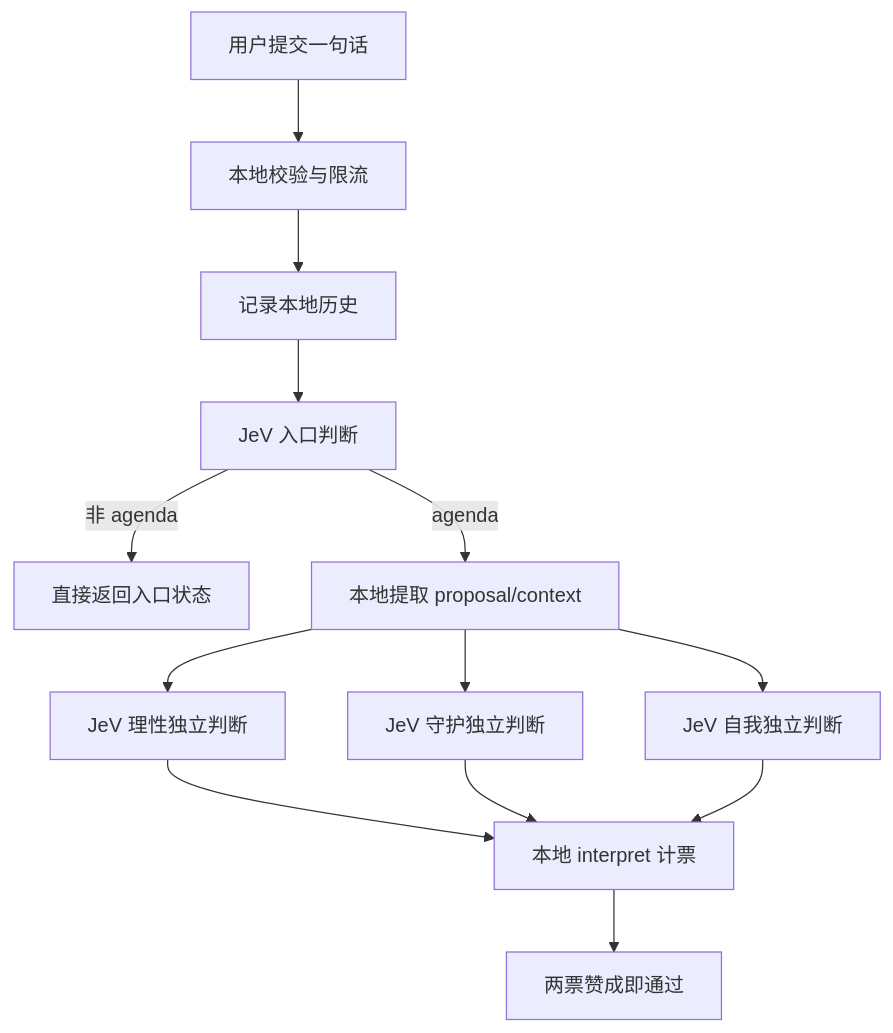
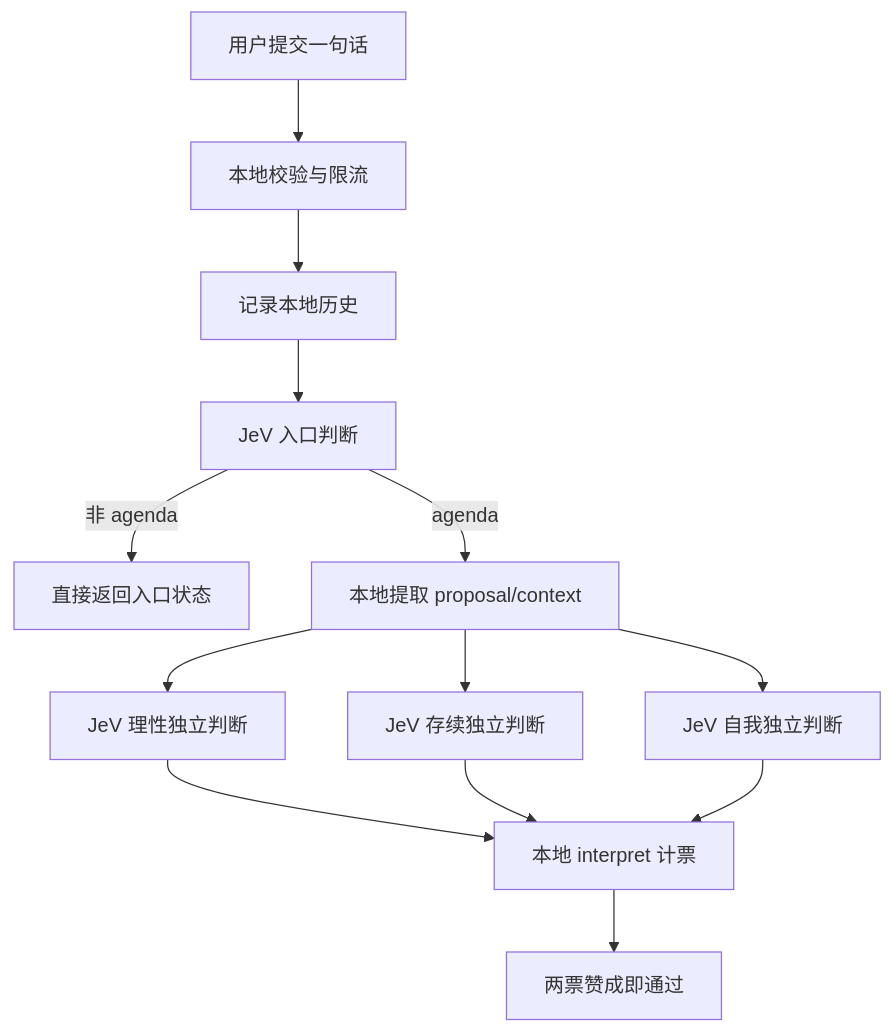
The diagram in README.md (Xavierrrr23/triad-personal-decision-terminal), drawn with Mermaid before and after one commit. The commit also changed other lines of this file and 6 other files, not shown here.

````diff
--- a/README.md
+++ b/README.md
@@ -23,15 +23,15 @@
 ```mermaid
 flowchart TD
     A[用户提交一句话] --> B[本地校验与限流]
     B --> C[记录本地历史]
     C --> D[JeV 入口判断]
     D -->|非 agenda| E[直接返回入口状态]
     D -->|agenda| F[本地提取 proposal/context]
     F --> G1[JeV 理性独立判断]
-    F --> G2[JeV 守护独立判断]
+    F --> G2[JeV 存续独立判断]
     F --> G3[JeV 自我独立判断]
     G1 --> H[本地 interpret 计票]
     G2 --> H
     G3 --> H
     H --> I[两票赞成即通过]
 ```
````
